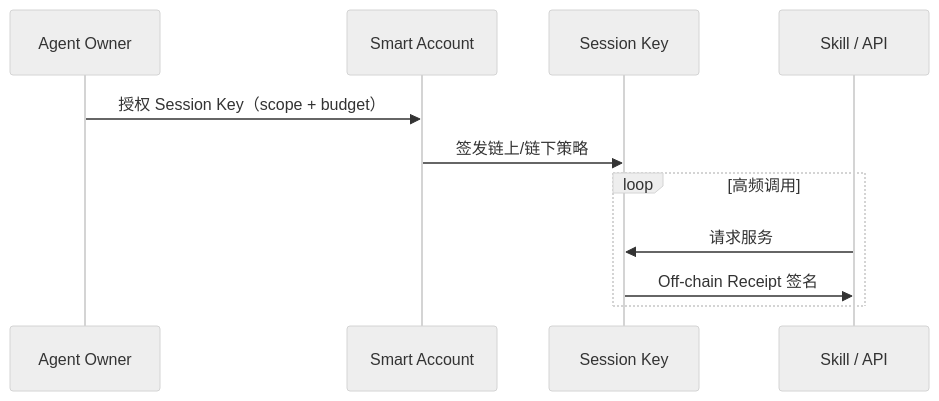
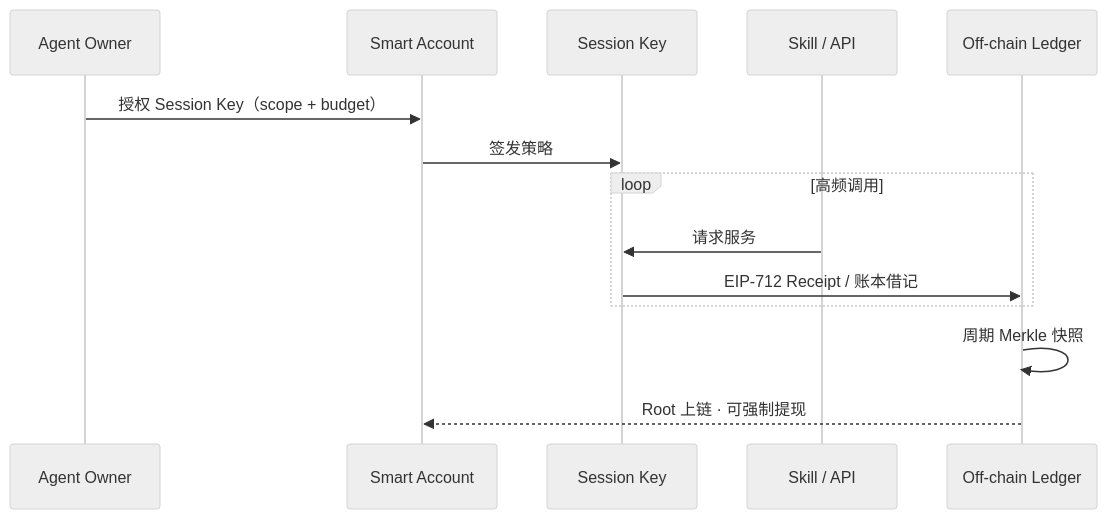
Before and after one commit to doerflow/docs: the diagram in docs/technical/ASYNC_PAYMENTS.md, drawn with Mermaid (neutral theme). The commit also changed other lines of this file and 49 other files, not shown here.

````diff
--- a/docs/technical/ASYNC_PAYMENTS.md
+++ b/docs/technical/ASYNC_PAYMENTS.md
@@ -70,14 +147,17 @@
 ```mermaid
 sequenceDiagram
   participant Owner as Agent Owner
   participant SA as Smart Account
   participant SK as Session Key
   participant API as Skill / API
+  participant Ledger as Off-chain Ledger
 
   Owner->>SA: 授权 Session Key（scope + budget）
-  SA->>SK: 签发链上/链下策略
+  SA->>SK: 签发策略
   loop 高频调用
     API->>SK: 请求服务
-    SK->>API: Off-chain Receipt 签名
+    SK->>Ledger: EIP-712 Receipt / 账本借记
   end
+  Ledger->>Ledger: 周期 Merkle 快照
+  Ledger-->>SA: Root 上链 · 可强制提现
 ```
````
